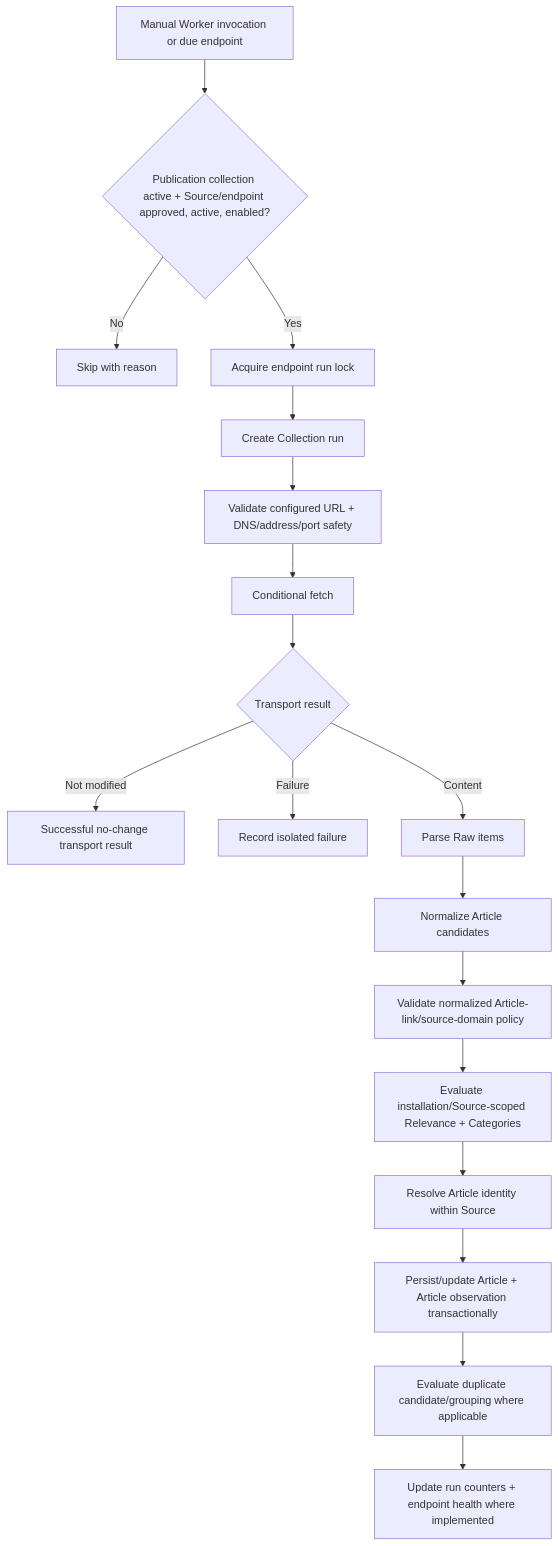
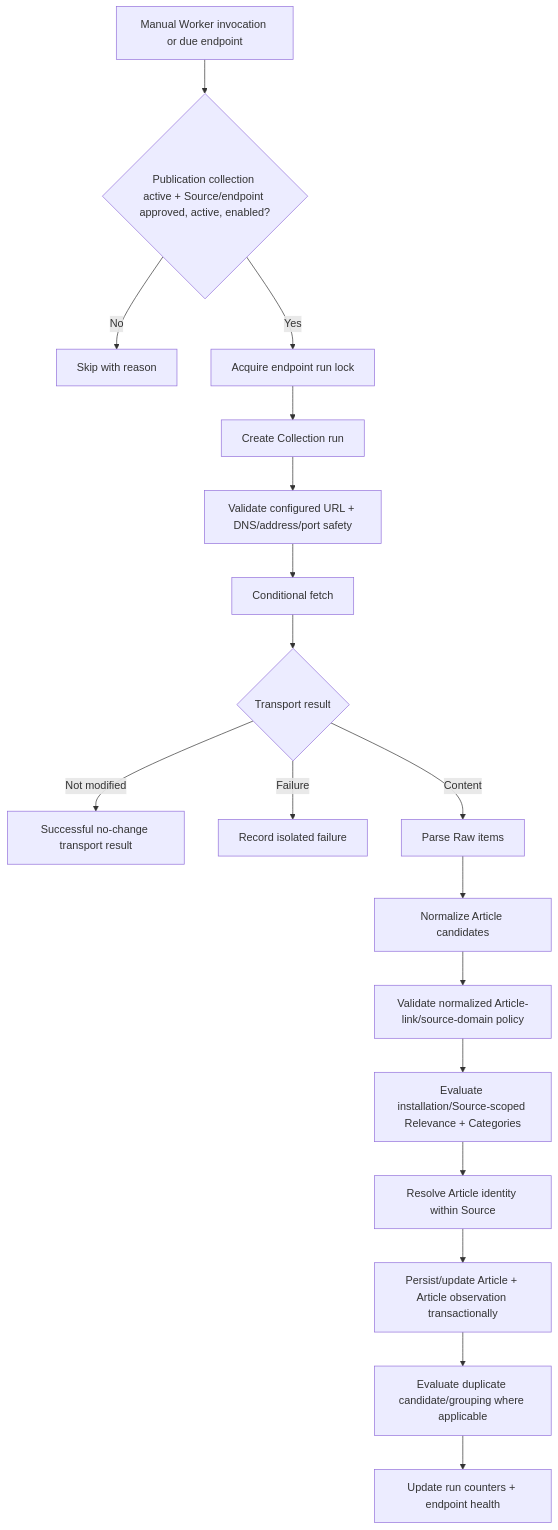
One commit to jfin602/news-scraper changed the second of 2 diagrams in docs/architecture/system-architecture.md. Above: the diagram before and after it, drawn with Mermaid. The commit also changed other lines of this file, not shown here.

Commit message:
docs: align architecture after phase 10

````diff
--- a/docs/architecture/system-architecture.md
+++ b/docs/architecture/system-architecture.md
@@ -136,20 +136,20 @@
 ```mermaid
 flowchart TD
     A[Manual Worker invocation or due endpoint] --> B{Publication collection active + Source/endpoint approved, active, enabled?}
     B -- No --> Z[Skip with reason]
     B -- Yes --> C[Acquire endpoint run lock]
     C --> R0[Create Collection run]
     R0 --> G[Validate configured URL + DNS/address/port safety]
     G --> D[Conditional fetch]
     D --> E{Transport result}
     E -- Not modified --> F[Successful no-change transport result]
     E -- Failure --> H[Record isolated failure]
     E -- Content --> I[Parse Raw items]
     I --> J[Normalize Article candidates]
     J --> K[Validate normalized Article-link/source-domain policy]
     K --> L[Evaluate installation/Source-scoped Relevance + Categories]
     L --> M[Resolve Article identity within Source]
     M --> N[Persist/update Article + Article observation transactionally]
     N --> O[Evaluate duplicate candidate/grouping where applicable]
-    O --> P[Update run counters + endpoint health where implemented]
+    O --> P[Update run counters + endpoint health]
 ```
````
